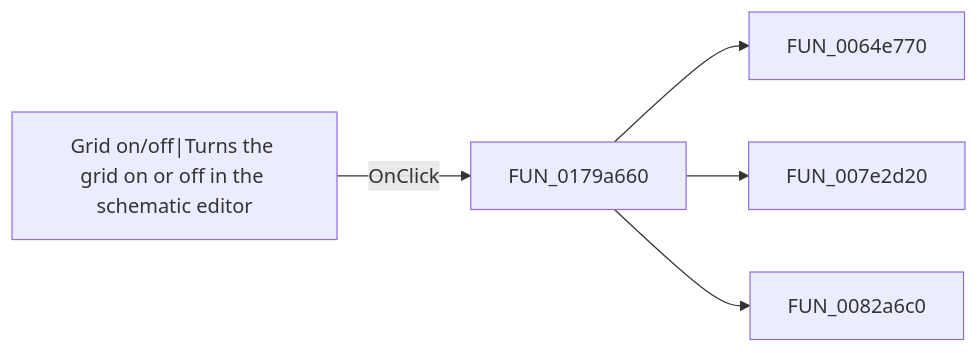
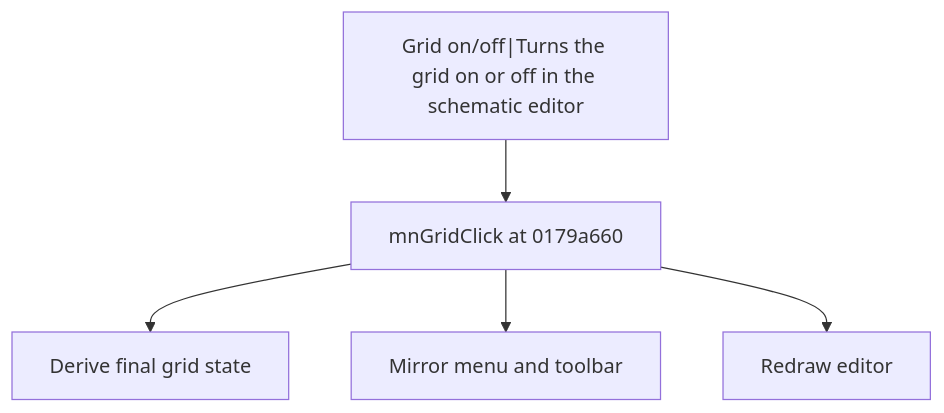
One commit to MovGP0/TIARA changed the diagram in docs/ui-controls/shapeedit/sbgrid-d3cc77c7ef.md. Above: the diagram before and after it, drawn with Mermaid. The commit also changed other lines of this file and 1062 other files, not shown here.

````diff
--- a/docs/ui-controls/shapeedit/sbgrid-d3cc77c7ef.md
+++ b/docs/ui-controls/shapeedit/sbgrid-d3cc77c7ef.md
@@ -27,7 +27,7 @@
 ```mermaid
-flowchart LR
-    control["Grid on/off|Turns the grid on or off in the schematic editor"] -->|OnClick| handler["FUN_0179a660"]
-    handler --> call1["FUN_0064e770"]
-    handler --> call2["FUN_007e2d20"]
-    handler --> call3["FUN_0082a6c0"]
+flowchart TD
+    control["Grid on/off|Turns the grid on or off in the schematic editor"] --> handler["mnGridClick at 0179a660"]
+    handler --> step1["Derive final grid state"]
+    handler --> step2["Mirror menu and toolbar"]
+    handler --> step3["Redraw editor"]
 ```
````
